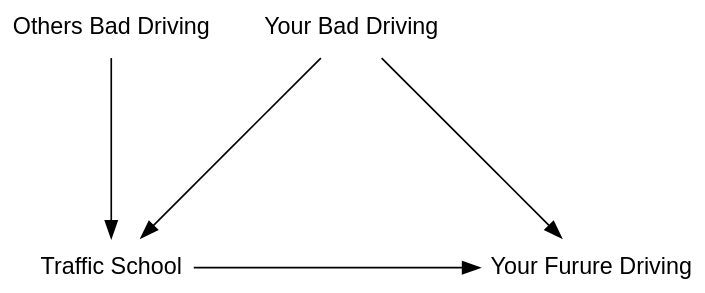
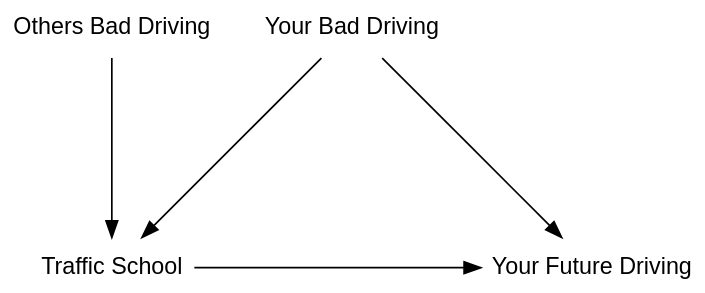
One commit to mca91/kausalanalyse_slides changed the diagram in TreatmentEffects/dot_files/Driving.dot. Above: the diagram before and after it, drawn with Graphviz. The commit also changed 18 other files, not shown here.

```diff
--- a/TreatmentEffects/dot_files/Driving.dot
+++ b/TreatmentEffects/dot_files/Driving.dot
@@ -1,21 +1,21 @@
 digraph "Causal Diagramm RDD" {
   layout=neato
   fontname="Helvetica,Arial,sans-serif"
   bgcolor=transparent
   imagescale=both
   node [fontname="Helvetica,Arial,sans-serif"]
   edge [fontname="Helvetica,Arial,sans-serif"]
   node [shape=none];
   "Others Bad Driving" [pos="0,4!"]
   "Traffic School" [pos="0,2!"]
   "Your Bad Driving" [pos="2,4!"]
-  "Your Furure Driving" [pos="4,2!"]
+  "Your Future Driving" [pos="4,2!"]
 
   
   "Your Bad Driving" -> "Traffic School"
-   "Your Bad Driving" ->  "Your Furure Driving"
+   "Your Bad Driving" ->  "Your Future Driving"
   "Others Bad Driving" -> "Traffic School"
-  "Traffic School" -> "Your Furure Driving"
+  "Traffic School" -> "Your Future Driving"
 
   
 }
```
